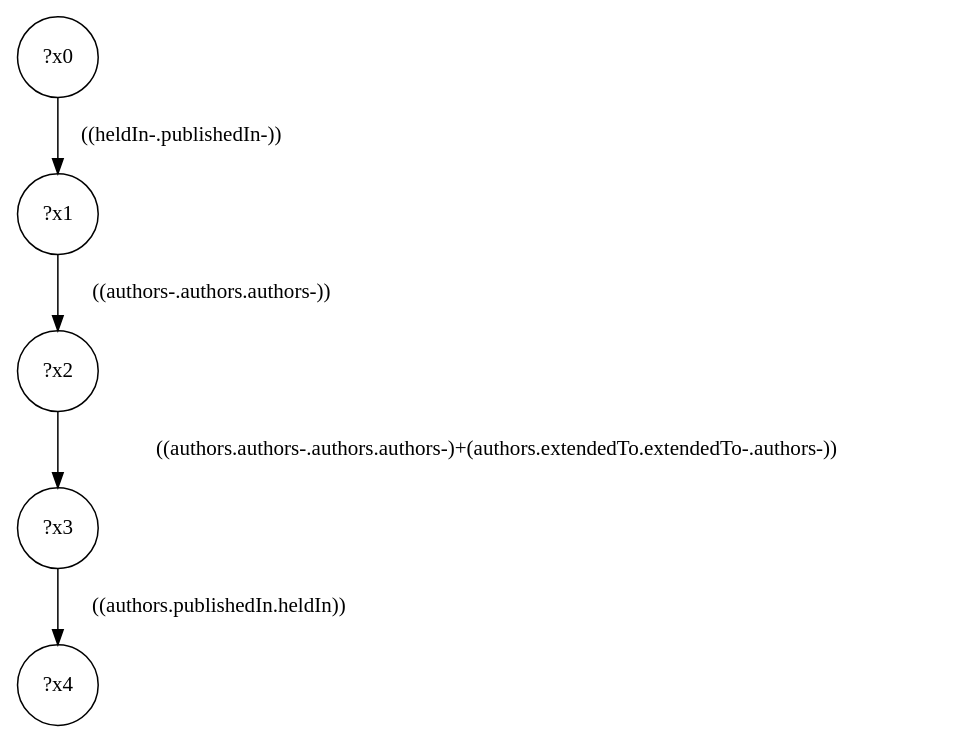
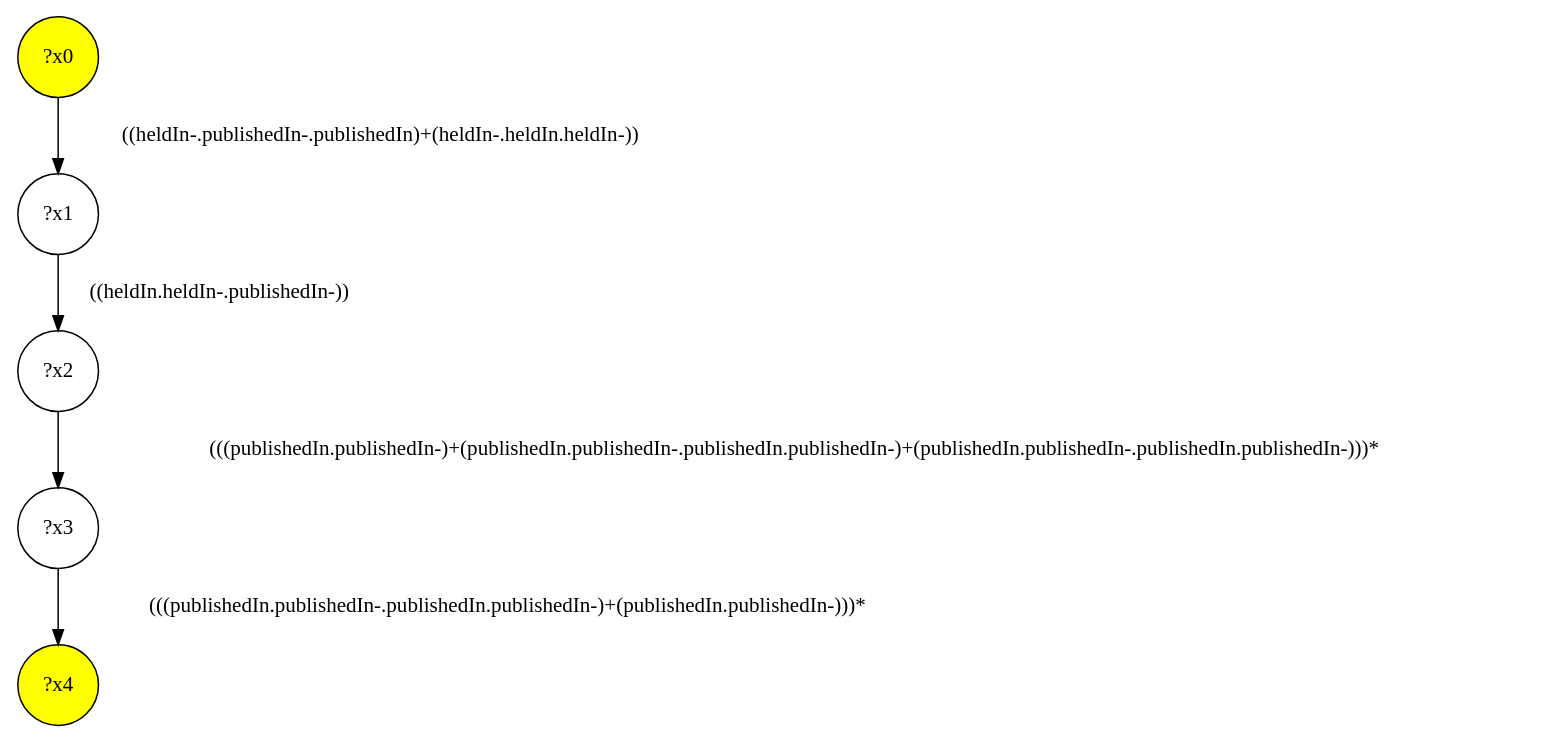
The diagram in demo/test-a/test-a-interface/query-2.dot (gbagan/gmark), drawn with Graphviz before and after one commit. The commit also changed 1061 other files, not shown here.

```diff
--- a/demo/test-a/test-a-interface/query-2.dot
+++ b/demo/test-a/test-a-interface/query-2.dot
@@ -1,11 +1,11 @@
 digraph g {
-	x0 [shape=circle, label="?x0"];
+	x0 [fillcolor="yellow", style="filled," shape=circle, label="?x0"];
+	x4 [fillcolor="yellow", style="filled," shape=circle, label="?x4"];
 	x1 [shape=circle, label="?x1"];
-	x0 -> x1 [label="((heldIn-.publishedIn-))"];
+	x0 -> x1 [label="((heldIn-.publishedIn-.publishedIn)+(heldIn-.heldIn.heldIn-))"];
 	x2 [shape=circle, label="?x2"];
-	x1 -> x2 [label="((authors-.authors.authors-))"];
+	x1 -> x2 [label="((heldIn.heldIn-.publishedIn-))"];
 	x3 [shape=circle, label="?x3"];
-	x2 -> x3 [label="((authors.authors-.authors.authors-)+(authors.extendedTo.extendedTo-.authors-))"];
-	x4 [shape=circle, label="?x4"];
-	x3 -> x4 [label="((authors.publishedIn.heldIn))"];
+	x2 -> x3 [label="(((publishedIn.publishedIn-)+(publishedIn.publishedIn-.publishedIn.publishedIn-)+(publishedIn.publishedIn-.publishedIn.publishedIn-)))*"];
+	x3 -> x4 [label="(((publishedIn.publishedIn-.publishedIn.publishedIn-)+(publishedIn.publishedIn-)))*"];
 }
```
